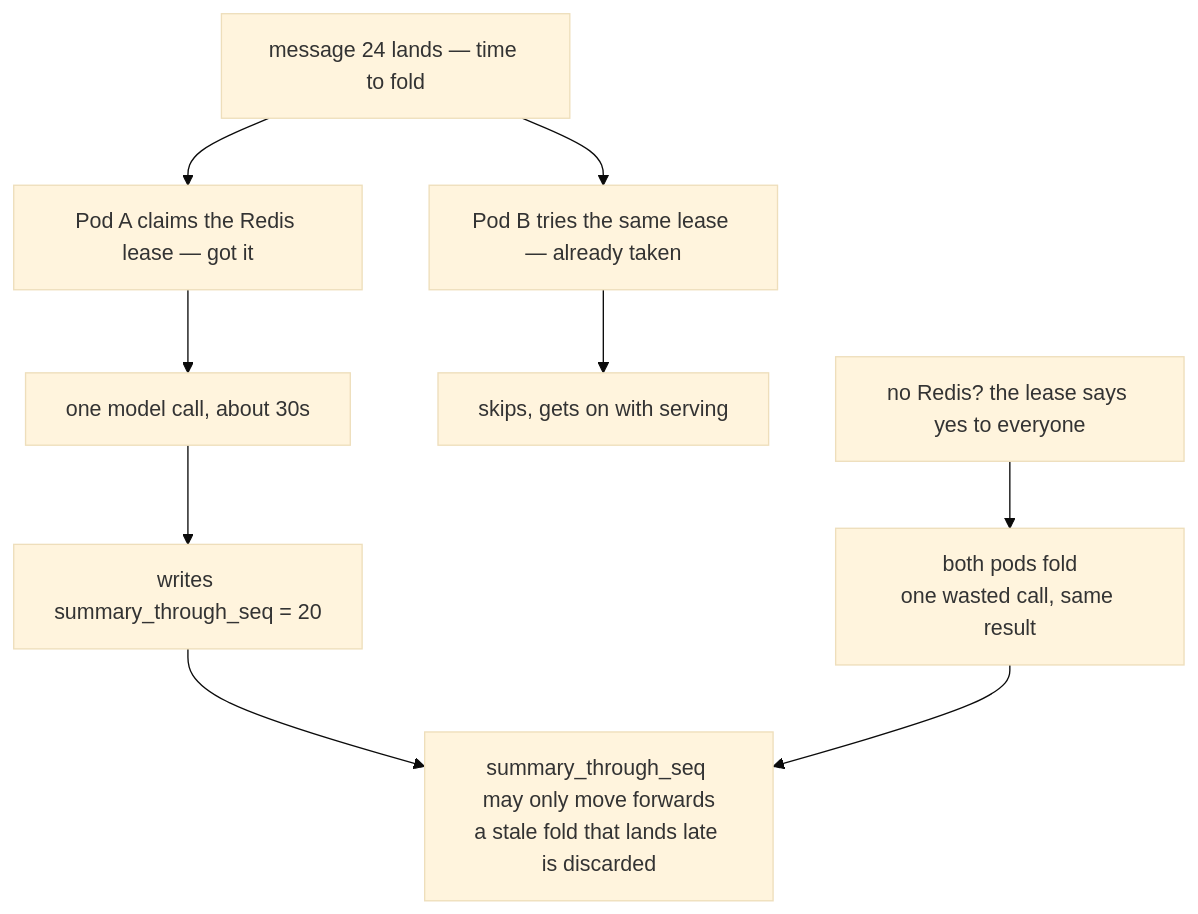
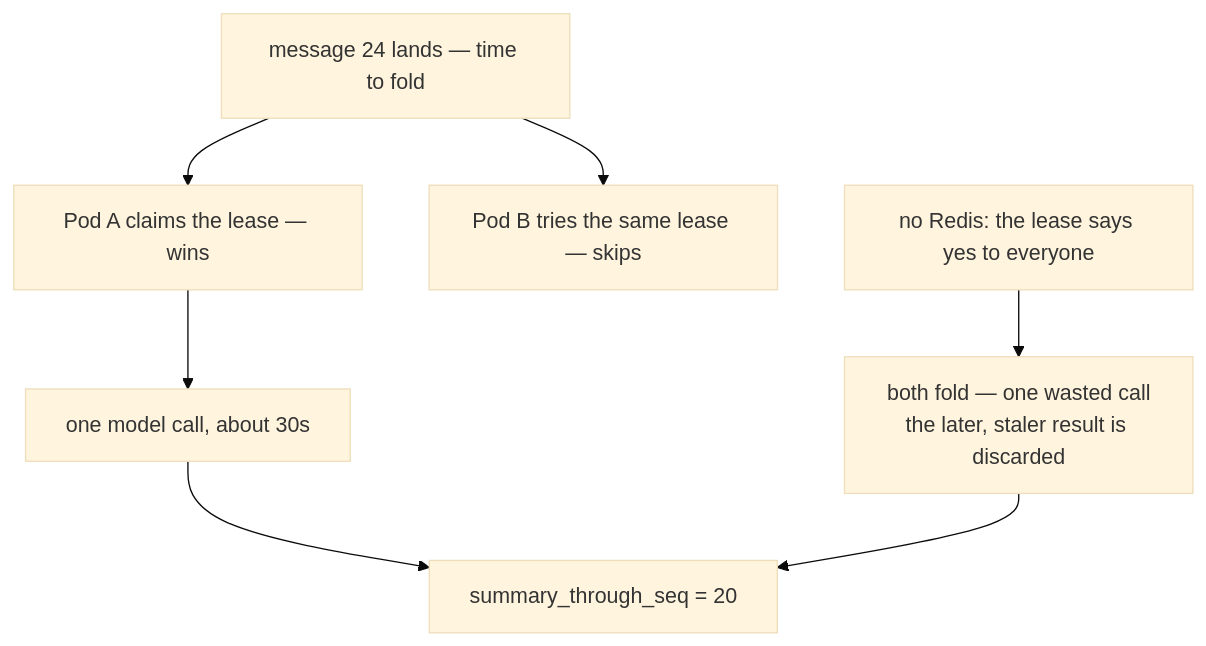
Before and after one commit to selvakumarperumal/Corporate_Filing_Analyzer_Agent: diagram 11 of 15 in docs/TESTING-SCALING.md, drawn with Mermaid (base theme). The commit also changed other lines of this file, not shown here.

Commit message:
docs: streamline scaling test guide with plain-language summaries, settings tables, and clear architectural diagrams

````diff
--- a/docs/TESTING-SCALING.md
+++ b/docs/TESTING-SCALING.md
@@ -747,11 +861,9 @@
 ```mermaid
 flowchart TB
-  T["message 24 lands — time to fold"] --> A["Pod A claims the Redis lease — got it"]
-  T --> B["Pod B tries the same lease — already taken"]
+  T["message 24 lands — time to fold"] --> A["Pod A claims the lease — wins"]
+  T --> B["Pod B tries the same lease — skips"]
   A --> M["one model call, about 30s"]
-  B --> SK["skips, gets on with serving"]
-  M --> W["writes summary_through_seq = 20"]
-  NR["no Redis? the lease says yes to everyone"] --> D["both pods fold<br/>one wasted call, same result"]
-  W --> G["summary_through_seq may only move forwards<br/>a stale fold that lands late is discarded"]
-  D --> G
+  M --> W["summary_through_seq = 20"]
+  NR["no Redis: the lease says yes to everyone"] --> D["both fold — one wasted call<br/>the later, staler result is discarded"]
+  D --> W
 ```
````
